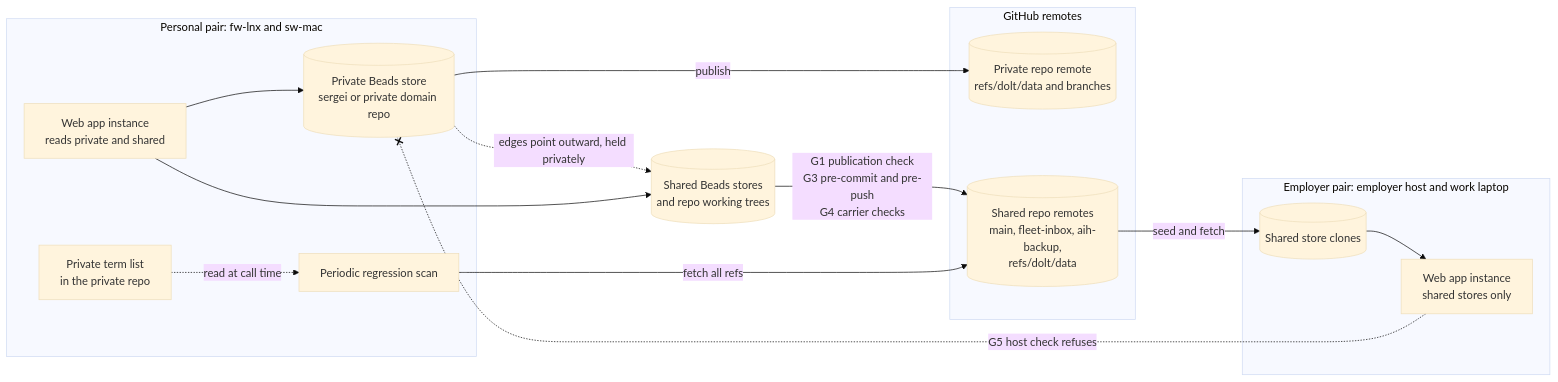
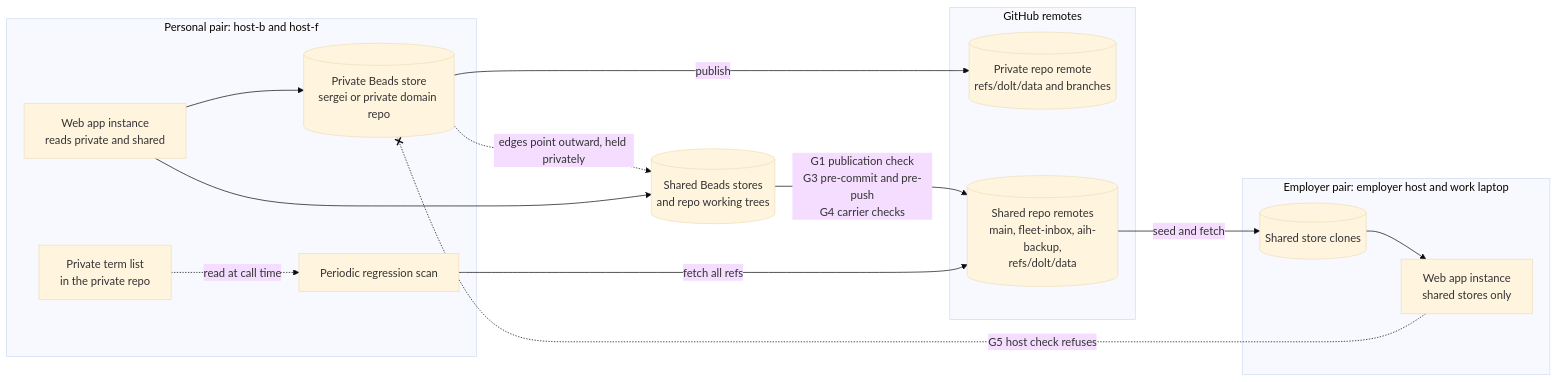
One commit to sergeiwallace/beads-ui changed the diagram in docs/research/findings/goals-privacy-and-access-control.md. Above: the diagram before and after it, drawn with Mermaid (base theme). The commit also changed other lines of this file and 94 other files, not shown here.

````diff
--- a/docs/research/findings/goals-privacy-and-access-control.md
+++ b/docs/research/findings/goals-privacy-and-access-control.md
@@ -222,28 +222,28 @@
 ```mermaid
 flowchart LR
-  subgraph personal["Personal pair: fw-lnx and sw-mac"]
+  subgraph personal["Personal pair: host-b and host-f"]
     PS[("Private Beads store<br/>sergei or private domain repo")]
     PW["Web app instance<br/>reads private and shared"]
     TL["Private term list<br/>in the private repo"]
     SCAN["Periodic regression scan"]
   end
   subgraph remotes["GitHub remotes"]
     PR[("Private repo remote<br/>refs/dolt/data and branches")]
     SR[("Shared repo remotes<br/>main, fleet-inbox, aih-backup,<br/>refs/dolt/data")]
   end
   subgraph work["Employer pair: employer host and work laptop"]
     WW["Web app instance<br/>shared stores only"]
     WS[("Shared store clones")]
   end
   SS[("Shared Beads stores<br/>and repo working trees")]
   PS -->|"publish"| PR
   PS -.->|"edges point outward, held privately"| SS
   PW --> PS
   PW --> SS
   SS -->|"G1 publication check<br/>G3 pre-commit and pre-push<br/>G4 carrier checks"| SR
   TL -.->|"read at call time"| SCAN
   SR -->|"seed and fetch"| WS
   WS --> WW
   SCAN -->|"fetch all refs"| SR
   WW -.-x|"G5 host check refuses"| PS
 ```
````
